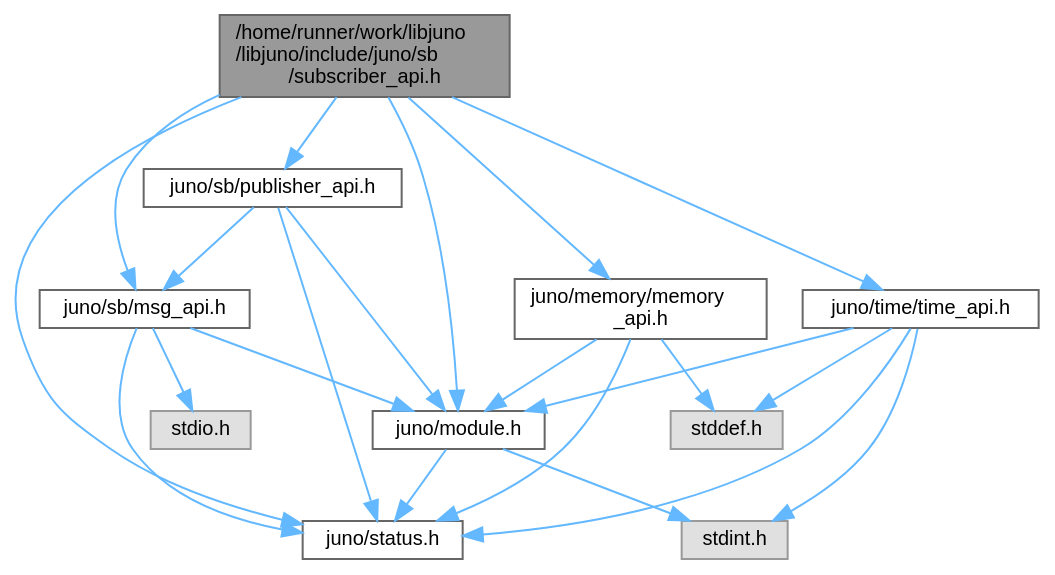
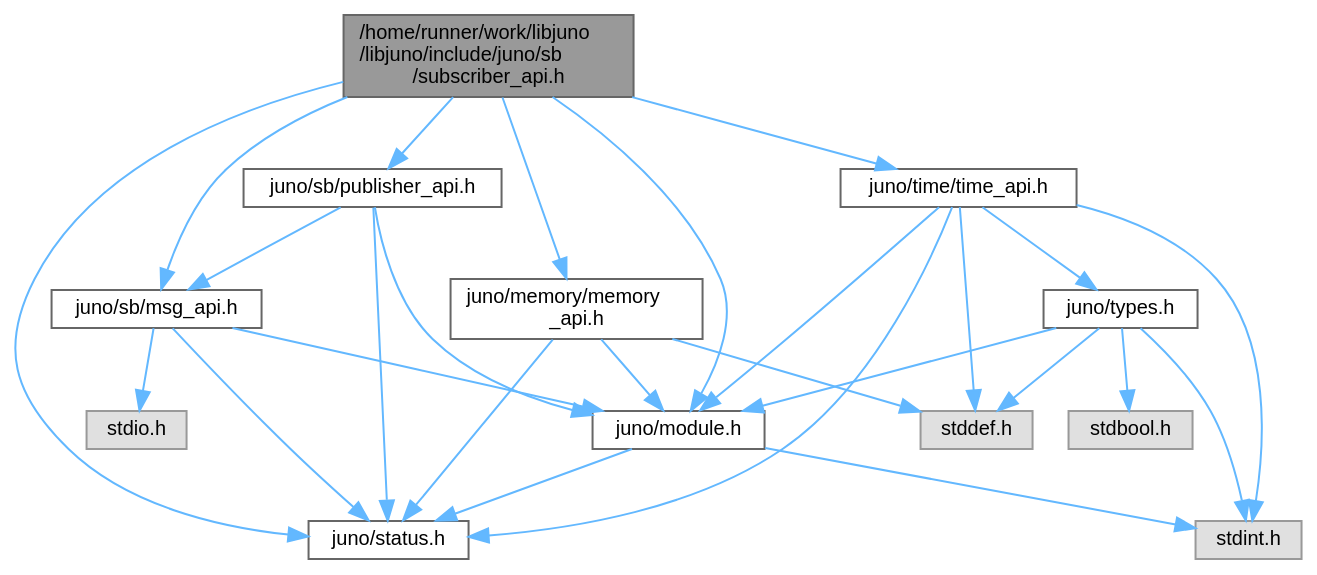
One commit to robinonsay/libjuno changed the diagram in subscriber__api_8h__incl.dot. Above: the diagram before and after it, drawn with Graphviz. The commit also changed 154 other files, not shown here.

```diff
--- a/subscriber__api_8h__incl.dot
+++ b/subscriber__api_8h__incl.dot
@@ -1,38 +1,45 @@
 digraph "/home/runner/work/libjuno/libjuno/include/juno/sb/subscriber_api.h"
 {
  // LATEX_PDF_SIZE
   bgcolor="transparent";
   edge [fontname=Helvetica,fontsize=10,labelfontname=Helvetica,labelfontsize=10];
   node [fontname=Helvetica,fontsize=10,shape=box,height=0.2,width=0.4];
   Node1 [id="Node000001",label="/home/runner/work/libjuno\l/libjuno/include/juno/sb\l/subscriber_api.h",height=0.2,width=0.4,color="gray40", fillcolor="grey60", style="filled", fontcolor="black",tooltip=" "];
   Node1 -> Node2 [id="edge1_Node000001_Node000002",color="steelblue1",style="solid",tooltip=" "];
   Node2 [id="Node000002",label="juno/memory/memory\l_api.h",height=0.2,width=0.4,color="grey40", fillcolor="white", style="filled",URL="$memory__api_8h.html",tooltip=" "];
   Node2 -> Node3 [id="edge2_Node000002_Node000003",color="steelblue1",style="solid",tooltip=" "];
   Node3 [id="Node000003",label="juno/status.h",height=0.2,width=0.4,color="grey40", fillcolor="white", style="filled",URL="$status_8h.html",tooltip=" "];
   Node2 -> Node4 [id="edge3_Node000002_Node000004",color="steelblue1",style="solid",tooltip=" "];
   Node4 [id="Node000004",label="juno/module.h",height=0.2,width=0.4,color="grey40", fillcolor="white", style="filled",URL="$module_8h.html",tooltip=" "];
   Node4 -> Node3 [id="edge4_Node000004_Node000003",color="steelblue1",style="solid",tooltip=" "];
   Node4 -> Node5 [id="edge5_Node000004_Node000005",color="steelblue1",style="solid",tooltip=" "];
   Node5 [id="Node000005",label="stdint.h",height=0.2,width=0.4,color="grey60", fillcolor="#E0E0E0", style="filled",tooltip=" "];
   Node2 -> Node6 [id="edge6_Node000002_Node000006",color="steelblue1",style="solid",tooltip=" "];
   Node6 [id="Node000006",label="stddef.h",height=0.2,width=0.4,color="grey60", fillcolor="#E0E0E0", style="filled",tooltip=" "];
   Node1 -> Node7 [id="edge7_Node000001_Node000007",color="steelblue1",style="solid",tooltip=" "];
   Node7 [id="Node000007",label="juno/sb/msg_api.h",height=0.2,width=0.4,color="grey40", fillcolor="white", style="filled",URL="$msg__api_8h.html",tooltip=" "];
   Node7 -> Node3 [id="edge8_Node000007_Node000003",color="steelblue1",style="solid",tooltip=" "];
   Node7 -> Node4 [id="edge9_Node000007_Node000004",color="steelblue1",style="solid",tooltip=" "];
   Node7 -> Node8 [id="edge10_Node000007_Node000008",color="steelblue1",style="solid",tooltip=" "];
   Node8 [id="Node000008",label="stdio.h",height=0.2,width=0.4,color="grey60", fillcolor="#E0E0E0", style="filled",tooltip=" "];
   Node1 -> Node9 [id="edge11_Node000001_Node000009",color="steelblue1",style="solid",tooltip=" "];
   Node9 [id="Node000009",label="juno/sb/publisher_api.h",height=0.2,width=0.4,color="grey40", fillcolor="white", style="filled",URL="$publisher__api_8h.html",tooltip=" "];
   Node9 -> Node7 [id="edge12_Node000009_Node000007",color="steelblue1",style="solid",tooltip=" "];
   Node9 -> Node3 [id="edge13_Node000009_Node000003",color="steelblue1",style="solid",tooltip=" "];
   Node9 -> Node4 [id="edge14_Node000009_Node000004",color="steelblue1",style="solid",tooltip=" "];
   Node1 -> Node3 [id="edge15_Node000001_Node000003",color="steelblue1",style="solid",tooltip=" "];
   Node1 -> Node4 [id="edge16_Node000001_Node000004",color="steelblue1",style="solid",tooltip=" "];
   Node1 -> Node10 [id="edge17_Node000001_Node000010",color="steelblue1",style="solid",tooltip=" "];
   Node10 [id="Node000010",label="juno/time/time_api.h",height=0.2,width=0.4,color="grey40", fillcolor="white", style="filled",URL="$time__api_8h.html",tooltip=" "];
   Node10 -> Node3 [id="edge18_Node000010_Node000003",color="steelblue1",style="solid",tooltip=" "];
   Node10 -> Node4 [id="edge19_Node000010_Node000004",color="steelblue1",style="solid",tooltip=" "];
-  Node10 -> Node6 [id="edge20_Node000010_Node000006",color="steelblue1",style="solid",tooltip=" "];
-  Node10 -> Node5 [id="edge21_Node000010_Node000005",color="steelblue1",style="solid",tooltip=" "];
+  Node10 -> Node11 [id="edge20_Node000010_Node000011",color="steelblue1",style="solid",tooltip=" "];
+  Node11 [id="Node000011",label="juno/types.h",height=0.2,width=0.4,color="grey40", fillcolor="white", style="filled",URL="$types_8h.html",tooltip=" "];
+  Node11 -> Node4 [id="edge21_Node000011_Node000004",color="steelblue1",style="solid",tooltip=" "];
+  Node11 -> Node12 [id="edge22_Node000011_Node000012",color="steelblue1",style="solid",tooltip=" "];
+  Node12 [id="Node000012",label="stdbool.h",height=0.2,width=0.4,color="grey60", fillcolor="#E0E0E0", style="filled",tooltip=" "];
+  Node11 -> Node6 [id="edge23_Node000011_Node000006",color="steelblue1",style="solid",tooltip=" "];
+  Node11 -> Node5 [id="edge24_Node000011_Node000005",color="steelblue1",style="solid",tooltip=" "];
+  Node10 -> Node6 [id="edge25_Node000010_Node000006",color="steelblue1",style="solid",tooltip=" "];
+  Node10 -> Node5 [id="edge26_Node000010_Node000005",color="steelblue1",style="solid",tooltip=" "];
 }
```
